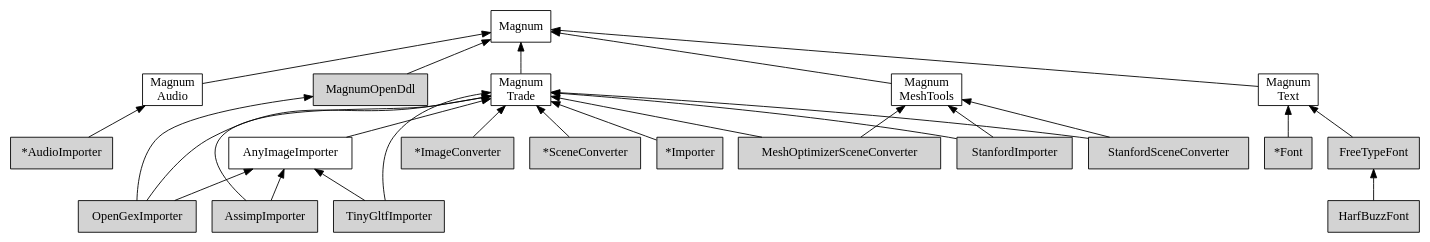
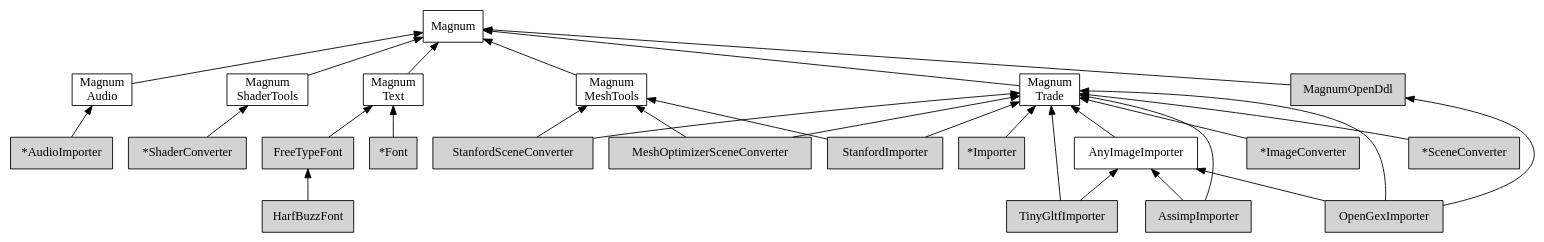
The diagram in doc/custom-buildsystems-plugins-order.dot (mosra/magnum-plugins), drawn with Graphviz before and after one commit.

Commit message:
doc: prepare for ShaderCovnverter plugins.

```diff
--- a/doc/custom-buildsystems-plugins-order.dot
+++ b/doc/custom-buildsystems-plugins-order.dot
@@ -1,85 +1,89 @@
 /*
     This file is part of Magnum.
 
     Copyright © 2010, 2011, 2012, 2013, 2014, 2015, 2016, 2017, 2018, 2019,
                 2020 Vladimír Vondruš <mosra@centrum.cz>
 
     Permission is hereby granted, free of charge, to any person obtaining a
     copy of this software and associated documentation files (the "Software"),
     to deal in the Software without restriction, including without limitation
     the rights to use, copy, modify, merge, publish, distribute, sublicense,
     and/or sell copies of the Software, and to permit persons to whom the
     Software is furnished to do so, subject to the following conditions:
 
     The above copyright notice and this permission notice shall be included
     in all copies or substantial portions of the Software.
 
     THE SOFTWARE IS PROVIDED "AS IS", WITHOUT WARRANTY OF ANY KIND, EXPRESS OR
     IMPLIED, INCLUDING BUT NOT LIMITED TO THE WARRANTIES OF MERCHANTABILITY,
     FITNESS FOR A PARTICULAR PURPOSE AND NONINFRINGEMENT. IN NO EVENT SHALL
     THE AUTHORS OR COPYRIGHT HOLDERS BE LIABLE FOR ANY CLAIM, DAMAGES OR OTHER
     LIABILITY, WHETHER IN AN ACTION OF CONTRACT, TORT OR OTHERWISE, ARISING
     FROM, OUT OF OR IN CONNECTION WITH THE SOFTWARE OR THE USE OR OTHER
     DEALINGS IN THE SOFTWARE.
 */
 
 digraph "Magnum Plugins dependency order" {
     rankdir=BT
     ranksep=0.5
     node [style=filled shape=rect margin="0.03,0.03"]
 
     Magnum [style=solid class="m-info"]
     MagnumAudio [style=solid label="Magnum\nAudio" class="m-info"]
     MagnumMeshTools [style=solid label="Magnum\nMeshTools" class="m-info"]
+    MagnumShaderTools [style=solid label="Magnum\nShaderTools" class="m-info"]
     MagnumText [style=solid label="Magnum\nText" class="m-info"]
     MagnumTrade [style=solid label="Magnum\nTrade" class="m-info"]
 
     {rank=same MagnumAudio MagnumMeshTools MagnumText MagnumTrade}
 
     AnyImageImporter [style=solid class="m-success"]
 
     MagnumOpenDdl [class="m-info"]
 
     AudioImporter [label="*AudioImporter" class="m-success"]
     ImageConverter [label="*ImageConverter" class="m-success"]
     SceneConverter [label="*SceneConverter" class="m-success"]
+    ShaderConverter [label="*ShaderConverter" class="m-success"]
     Importer [label="*Importer" class="m-success"]
     Font [label="*Font" class="m-success"]
 
     AssimpImporter [class="m-success"]
     FreeTypeFont [class="m-success"]
     HarfBuzzFont [class="m-success"]
     OpenGexImporter [class="m-success"]
     TinyGltfImporter [class="m-success"]
 
     MagnumAudio -> Magnum [class="m-info"]
     MagnumMeshTools -> Magnum [class="m-info"]
+    MagnumShaderTools -> Magnum [class="m-info"]
     MagnumText -> Magnum [class="m-info"]
     MagnumTrade -> Magnum [class="m-info"]
 
     AnyImageImporter -> MagnumTrade [class="m-success"]
 
     MagnumOpenDdl -> Magnum
 
     AudioImporter -> MagnumAudio
     ImageConverter -> MagnumTrade
     SceneConverter -> MagnumTrade
+    ShaderConverter -> MagnumShaderTools
     Importer -> MagnumTrade
     Font -> MagnumText
 
     AssimpImporter -> MagnumTrade
     AssimpImporter -> AnyImageImporter
     FreeTypeFont -> MagnumText
     HarfBuzzFont -> FreeTypeFont
     MeshOptimizerSceneConverter -> MagnumTrade
     MeshOptimizerSceneConverter -> MagnumMeshTools
     OpenGexImporter -> MagnumTrade
     OpenGexImporter -> AnyImageImporter
     OpenGexImporter -> MagnumOpenDdl
     StanfordImporter -> MagnumTrade
     StanfordImporter -> MagnumMeshTools
     StanfordSceneConverter -> MagnumTrade
     StanfordSceneConverter -> MagnumMeshTools
     TinyGltfImporter -> MagnumTrade
     TinyGltfImporter -> AnyImageImporter
 }
```
